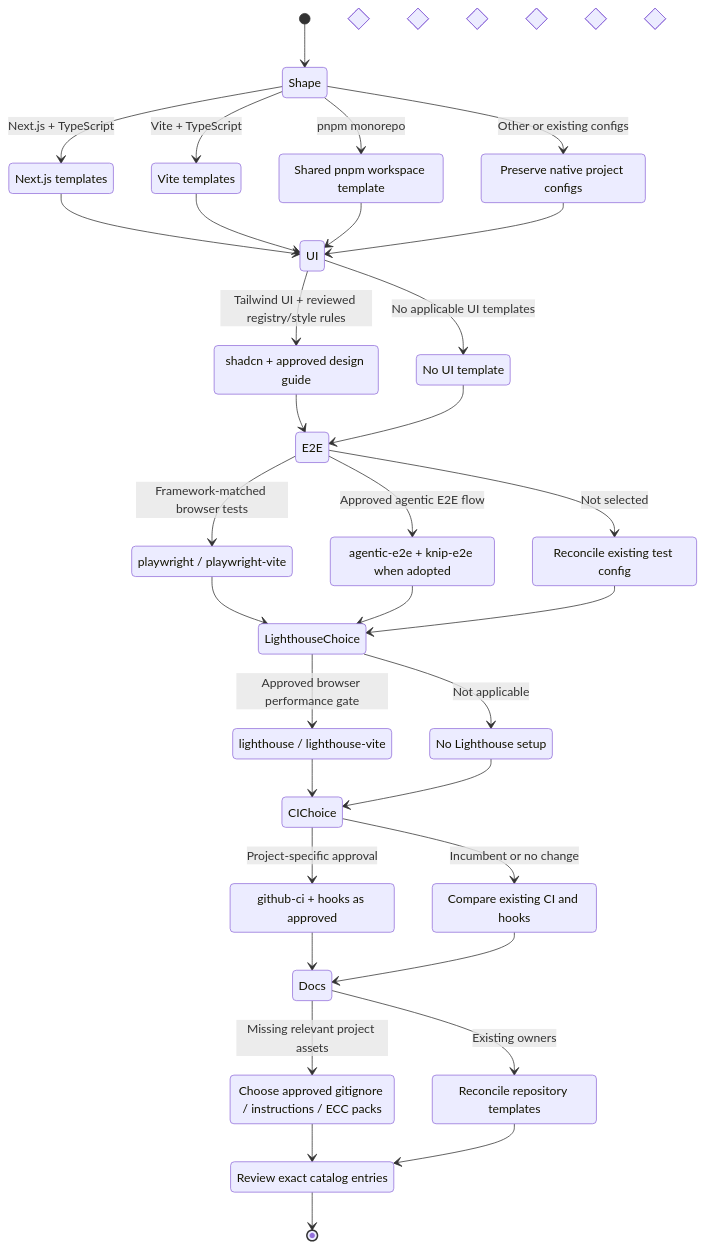
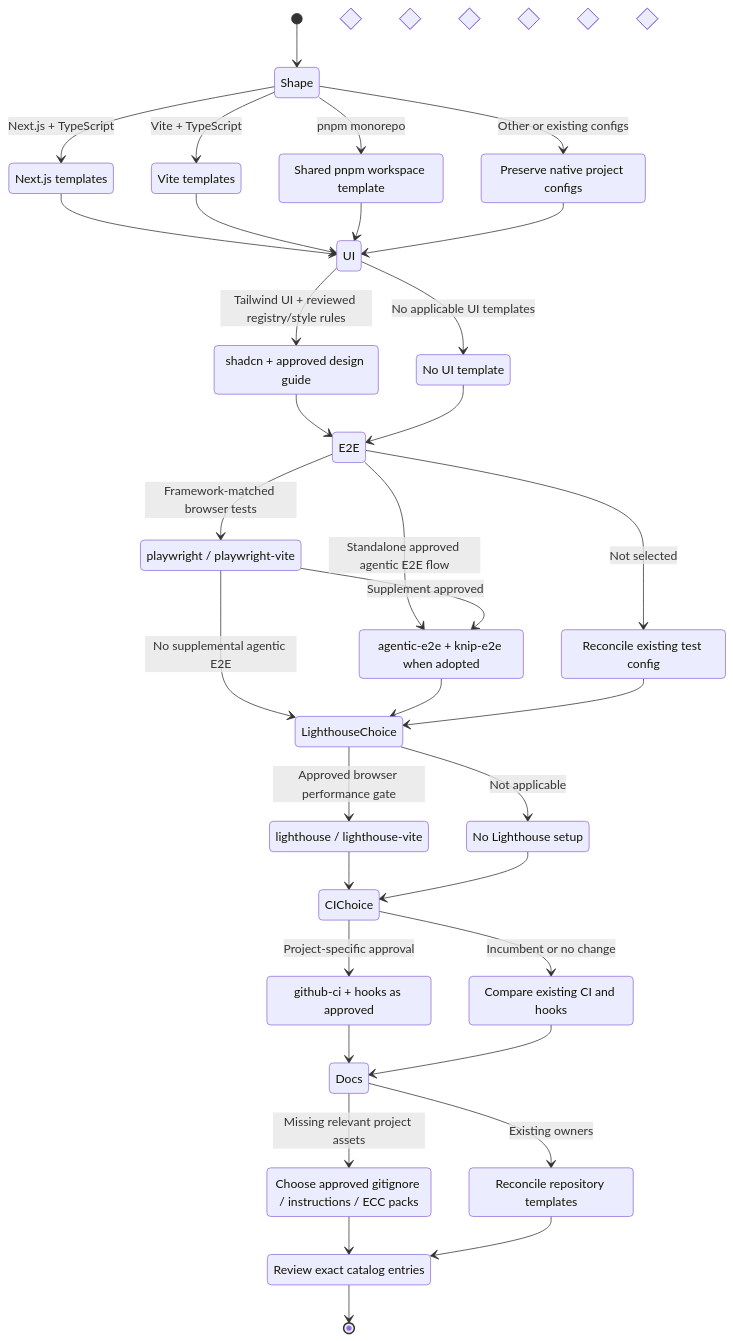
One commit to AcidicSoil/anti-slop changed the fourth of 5 diagrams in docs/setup-selection-all-options.md. Above: the diagram before and after it, drawn with Mermaid. The commit also changed other lines of this file and 7 other files, not shown here.

````diff
--- a/docs/setup-selection-all-options.md
+++ b/docs/setup-selection-all-options.md
@@ -283,64 +283,65 @@
 ```mermaid
 stateDiagram-v2
     direction TB
     [*] --> Shape
     state "Framework and workspace shape?" as Shape <<choice>>
     state "Next.js templates" as Next
     state "Vite templates" as Vite
     state "Shared pnpm workspace template" as Monorepo
     state "Preserve native project configs" as Other
     Shape --> Next: Next.js + TypeScript
     Shape --> Vite: Vite + TypeScript
     Shape --> Monorepo: pnpm monorepo
     Shape --> Other: Other or existing configs
 
     state "UI setup?" as UI <<choice>>
     Next --> UI
     Vite --> UI
     Monorepo --> UI
     Other --> UI
     state "shadcn + approved design guide" as ShadcnUI
     state "No UI template" as NoUI
     UI --> ShadcnUI: Tailwind UI + reviewed registry/style rules
     UI --> NoUI: No applicable UI templates
 
     state "E2E tests?" as E2E <<choice>>
     ShadcnUI --> E2E
     NoUI --> E2E
     state "playwright / playwright-vite" as Playwright
     state "agentic-e2e + knip-e2e when adopted" as AgentE2E
     state "Reconcile existing test config" as ExistingE2E
     E2E --> Playwright: Framework-matched browser tests
-    E2E --> AgentE2E: Approved agentic E2E flow
+    E2E --> AgentE2E: Standalone approved agentic E2E flow
     E2E --> ExistingE2E: Not selected
 
     state "Performance auditing?" as LighthouseChoice <<choice>>
-    Playwright --> LighthouseChoice
+    Playwright --> AgentE2E: Supplement approved
+    Playwright --> LighthouseChoice: No supplemental agentic E2E
     AgentE2E --> LighthouseChoice
     ExistingE2E --> LighthouseChoice
     state "lighthouse / lighthouse-vite" as Lighthouse
     state "No Lighthouse setup" as NoLighthouse
     LighthouseChoice --> Lighthouse: Approved browser performance gate
     LighthouseChoice --> NoLighthouse: Not applicable
 
     state "CI and hooks?" as CIChoice <<choice>>
     Lighthouse --> CIChoice
     NoLighthouse --> CIChoice
     state "github-ci + hooks as approved" as CI
     state "Compare existing CI and hooks" as ExistingCI
     CIChoice --> CI: Project-specific approval
     CIChoice --> ExistingCI: Incumbent or no change
 
     state "Repository and skills templates?" as Docs <<choice>>
     CI --> Docs
     ExistingCI --> Docs
     state "Choose approved gitignore / instructions / ECC packs" as Templates
     state "Reconcile repository templates" as ExistingTemplates
     Docs --> Templates: Missing relevant project assets
     Docs --> ExistingTemplates: Existing owners
 
     state "Review exact catalog entries" as Preview
     Templates --> Preview
     ExistingTemplates --> Preview
     Preview --> [*]
 ```
````
